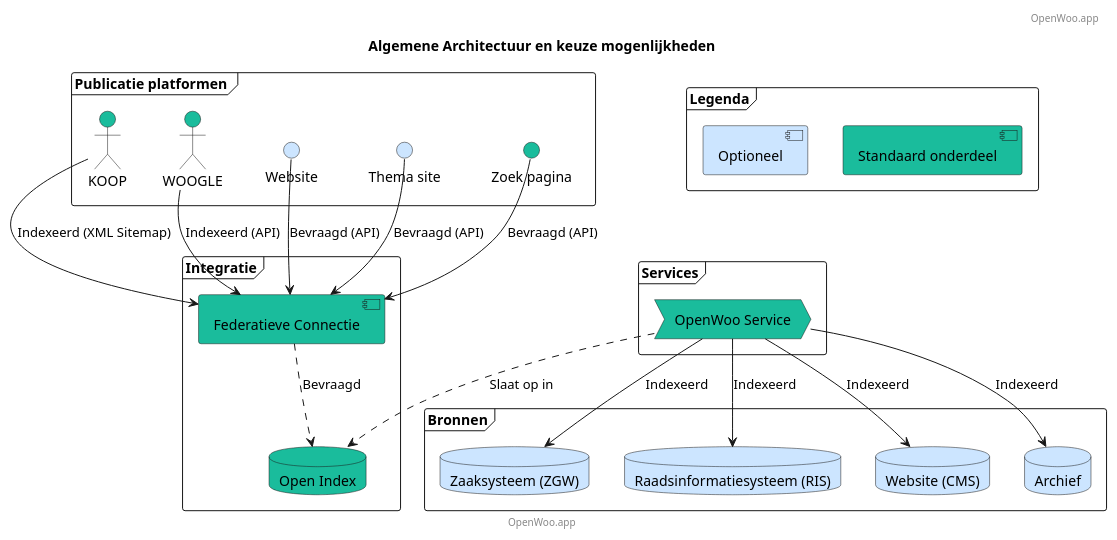
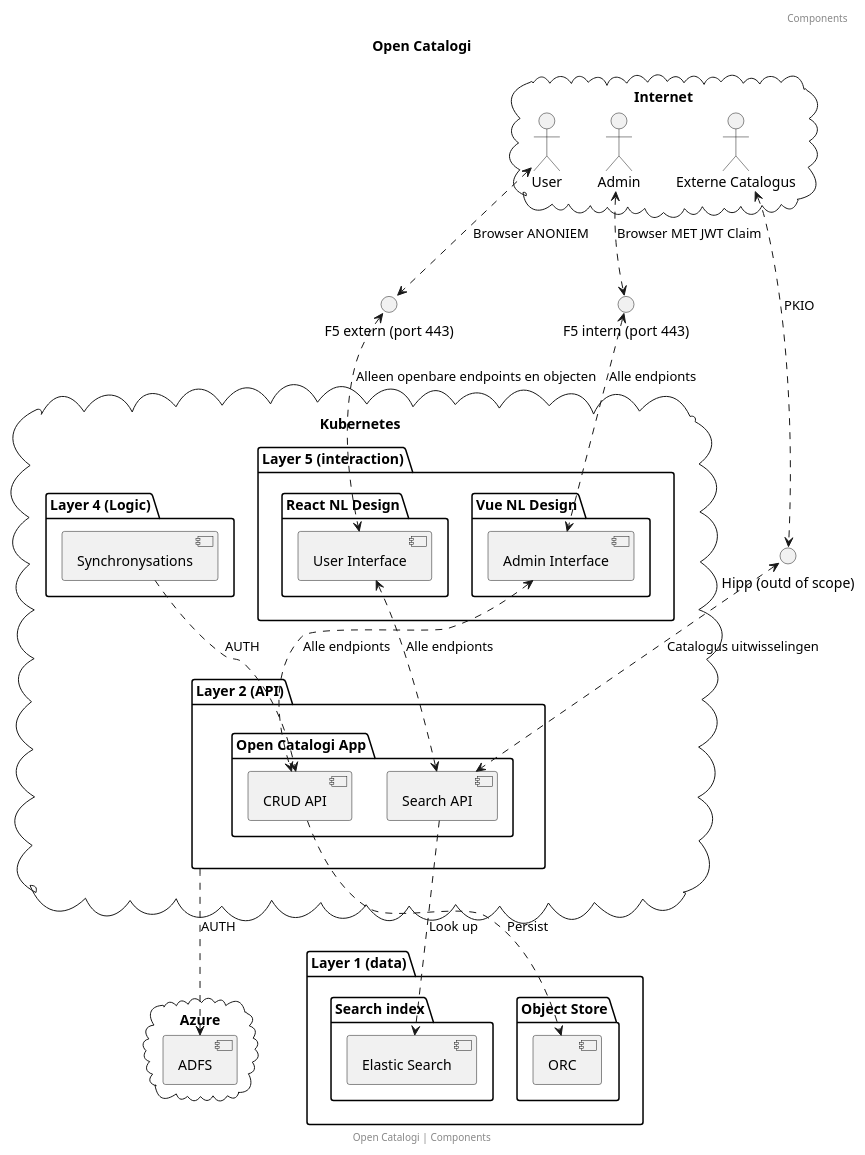
The diagram in docs/components.puml (ConductionNL/woo-website-template), drawn with PlantUML before and after one commit. The commit also changed 3 other files, not shown here.

```diff
--- a/docs/components.puml
+++ b/docs/components.puml
@@ -1,55 +1,80 @@
 @startuml
-title Algemene Architectuur en keuze mogenlijkheden
-footer: OpenWoo.app
-header: OpenWoo.app
+title: Open Catalogi
+footer: Open Catalogi | Components
+header: Components
 
+interface "F5 extern (port 443)" as f5extern
+interface "F5 intern (port 443)" as f5intern
 
-' Publicatie platformen (Laag 5 UI)
-frame "Publicatie platformen " {
-    actor "KOOP"  as KOOP #1abc9c
-    actor   "WOOGLE" as WOOGLE #1abc9c
-    interface "Website" AS Website #cce5ff
-    interface "Thema site" as Themasite #cce5ff
-    interface "Zoek pagina" as Searchsite #1abc9c
+interface "Hipp (outd of scope)" as hipp
+
+cloud "Azure"{
+ [ADFS]  as identity
 }
 
-' Services(Laag 4)
-frame "Services" {
-    process "OpenWoo Service"  as OWS #1abc9c
-}
-
-' Integratie (Laag 3)
-frame "Integratie" {
-    database "Open Index"  as OI #1abc9c
-    component "Federatieve Connectie"  as FCS #1abc9c
-}
-
-' Bronnen (Laag 2)
-frame "Bronnen" {
-    database "Zaaksysteem (ZGW)" as ZRC #cce5ff
-    database "Raadsinformatiesysteem (RIS)" as RIS #cce5ff
-    database "Website (CMS)" as CMS #cce5ff
-    database "Archief" as DEPOT #cce5ff
-}
-
-frame "Legenda" {
-    component "Standaard onderdeel" #1abc9c
-    component "Optioneel" #cce5ff
+cloud "Internet"{
+actor "User" as user
+actor "Admin" as adminUser
+actor "Externe Catalogus" as externalCatalouge
 
 }
 
-OWS -down-> ZRC: Indexeerd
-OWS -down-> RIS: Indexeerd
-OWS -down-> CMS: Indexeerd
-OWS -down-> DEPOT: Indexeerd
-OWS ..> OI: Slaat op in
 
-FCS ..> OI : Bevraagd
+cloud "Kubernetes"{
 
-KOOP -down-> FCS : Indexeerd (XML Sitemap)
-WOOGLE -down-> FCS : Indexeerd (API)
-Website -down-> FCS : Bevraagd (API)
-Themasite -down-> FCS : Bevraagd (API)
-Searchsite -down-> FCS : Bevraagd (API)
+package "Layer 5 (interaction)" {
+package "React NL Design" {
+ [User Interface]  as ui
+}
+
+package "Vue NL Design" {
+ [Admin Interface]  as admin
+}
+}
+
+
+package "Layer 4 (Logic)" as layer4 {
+ [Synchronysations]  as service
+}
+
+
+package "Layer 2 (API)" as layer2 {
+
+
+package "Open Catalogi App" {
+ [Search API] as SearchAPI
+ [CRUD API] as ObjectsAPI
+}
+
+
+}
+
+}
+
+package "Layer 1 (data)" {
+
+package "Search index" {
+ [Elastic Search]  as search
+}
+
+package "Object Store" {
+ [ORC]  as db
+}
+}
+
+externalCatalouge <..> hipp: PKIO
+hipp <..> SearchAPI: Catalogus uitwisselingen
+
+
+user <..> f5extern: Browser ANONIEM
+adminUser <..> f5intern : Browser MET JWT Claim
+f5extern <..> ui: Alleen openbare endpoints en objecten
+f5intern <..> admin: Alle endpionts
+ui <..> SearchAPI: Alle endpionts
+admin <..> ObjectsAPI: Alle endpionts
+ObjectsAPI  .down.> db: Persist
+SearchAPI  .down.> search: Look up
+layer2 .down.> identity: AUTH
+service .down.> ObjectsAPI: AUTH
 
 @enduml
```
